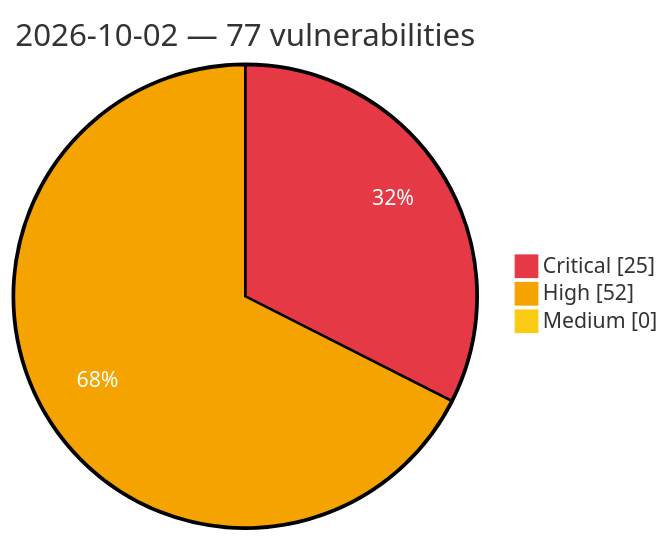
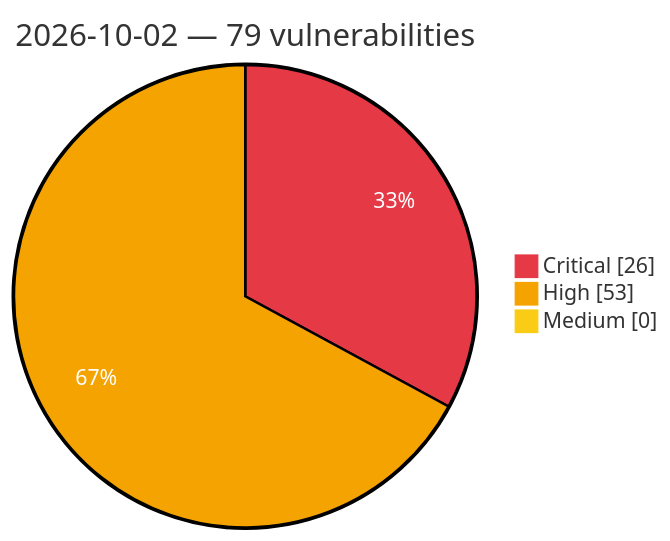
The diagram in vulnerabilities/2026/October/2026-10-02.md (GhostX0X/vuln-tracker), drawn with Mermaid before and after one commit. The commit also changed other lines of this file and 5 other files, not shown here.

Commit message:
Auto update: critical/high vulns (2026-10-03 01:13 UTC)

````diff
--- a/vulnerabilities/2026/October/2026-10-02.md
+++ b/vulnerabilities/2026/October/2026-10-02.md
@@ -3,8 +3,8 @@
 ```mermaid
 %%{init: {'theme':'base', 'themeVariables': {'pie1':'#e63946', 'pie2':'#f4a300', 'pie3':'#facc15', 'pieOpacity':'1', 'pieOuterStrokeWidth':'2px', 'pieSectionTextColor':'#ffffff'}}}%%
 pie showData
-    title 2026-10-02 — 77 vulnerabilities
-    "Critical" : 25
-    "High" : 52
+    title 2026-10-02 — 79 vulnerabilities
+    "Critical" : 26
+    "High" : 53
     "Medium" : 0
 ```
````
